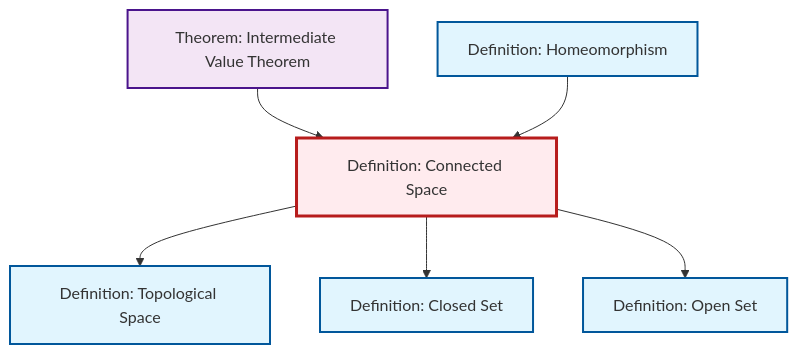
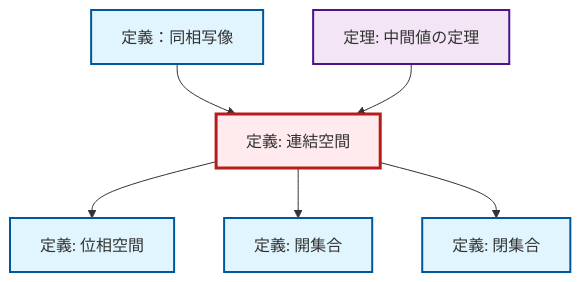
The diagram in content/ja/topology/def-connected.qmd (RK0429/ModernMath), drawn with Mermaid before and after one commit. The commit also changed 1069 other files, not shown here.

````diff
--- a/content/ja/topology/def-connected.qmd
+++ b/content/ja/topology/def-connected.qmd
@@ -54,26 +54,26 @@
 ```{mermaid}
 %%| fig-cap: "Local dependency graph"
 graph TD
     classDef definition fill:#e1f5fe,stroke:#01579b,stroke-width:2px
     classDef theorem fill:#f3e5f5,stroke:#4a148c,stroke-width:2px
     classDef axiom fill:#fff3e0,stroke:#e65100,stroke-width:2px
     classDef example fill:#e8f5e9,stroke:#1b5e20,stroke-width:2px
     classDef current fill:#ffebee,stroke:#b71c1c,stroke-width:3px
-    def-connected["Definition: Connected Space"]:::definition
-    def-open-set["Definition: Open Set"]:::definition
-    thm-intermediate-value["Theorem: Intermediate Value Theorem"]:::theorem
-    def-closed-set["Definition: Closed Set"]:::definition
-    def-homeomorphism["Definition: Homeomorphism"]:::definition
-    def-topological-space["Definition: Topological Space"]:::definition
+    thm-intermediate-value["定理: 中間値の定理"]:::theorem
+    def-connected["定義: 連結空間"]:::definition
+    def-homeomorphism["定義：同相写像"]:::definition
+    def-open-set["定義: 開集合"]:::definition
+    def-topological-space["定義: 位相空間"]:::definition
+    def-closed-set["定義: 閉集合"]:::definition
+    def-connected --> def-topological-space
+    def-homeomorphism --> def-connected
     thm-intermediate-value --> def-connected
-    def-connected --> def-topological-space
+    def-connected --> def-open-set
     def-connected --> def-closed-set
-    def-homeomorphism --> def-connected
-    def-connected --> def-open-set
     class def-connected current
-    click def-open-set "def-open-set.html" "Definition: Open Setへ"
-    click thm-intermediate-value "thm-intermediate-value.html" "Theorem: Intermediate Value Theoremへ"
-    click def-closed-set "def-closed-set.html" "Definition: Closed Setへ"
-    click def-homeomorphism "def-homeomorphism.html" "Definition: Homeomorphismへ"
-    click def-topological-space "def-topological-space.html" "Definition: Topological Spaceへ"
+    click thm-intermediate-value "thm-intermediate-value.html" "中間値の定理の定理へ"
+    click def-homeomorphism "def-homeomorphism.html" "定義：同相写像へ"
+    click def-open-set "def-open-set.html" "開集合の定義へ"
+    click def-topological-space "def-topological-space.html" "位相空間の定義へ"
+    click def-closed-set "def-closed-set.html" "閉集合の定義へ"
 ```
````
